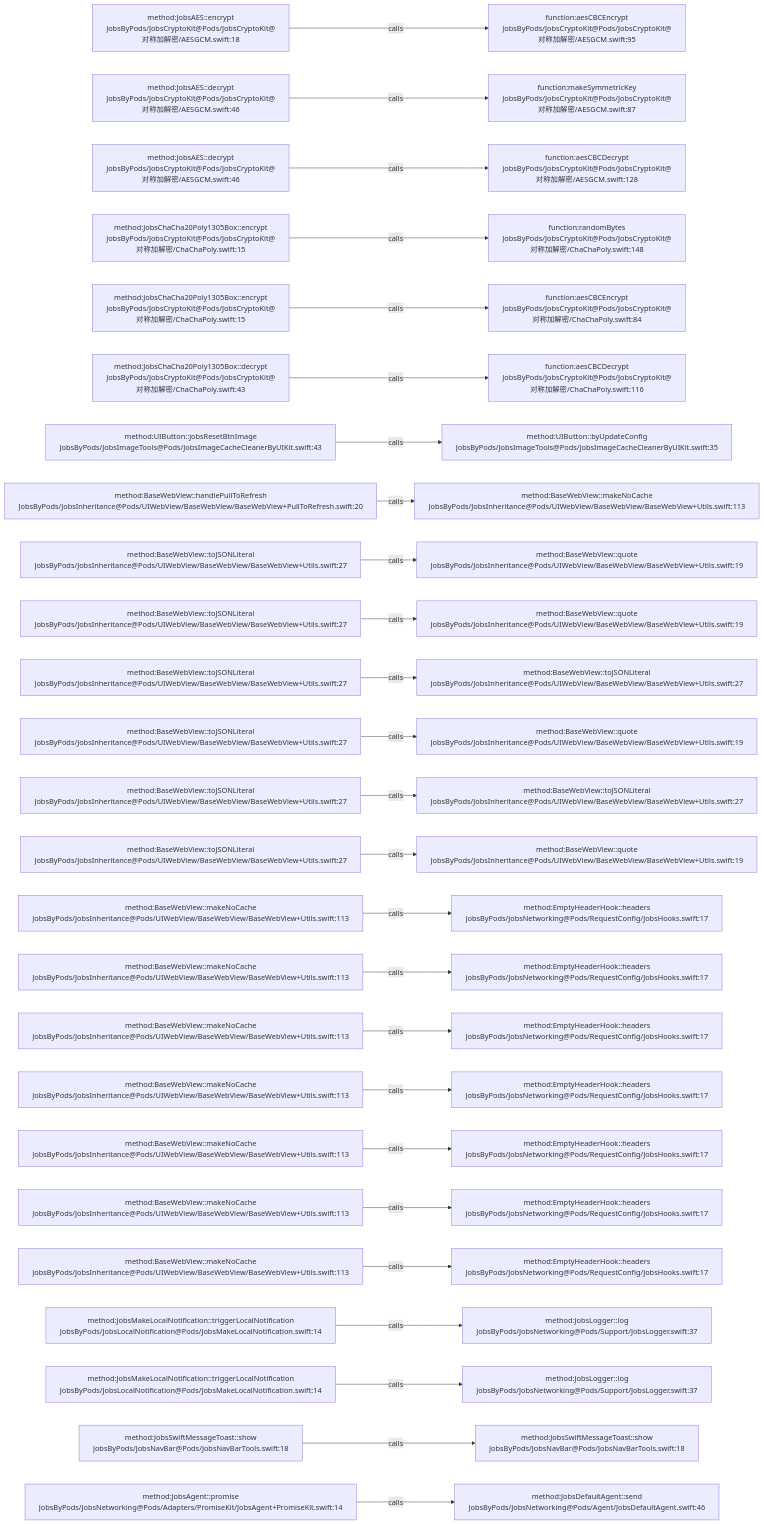
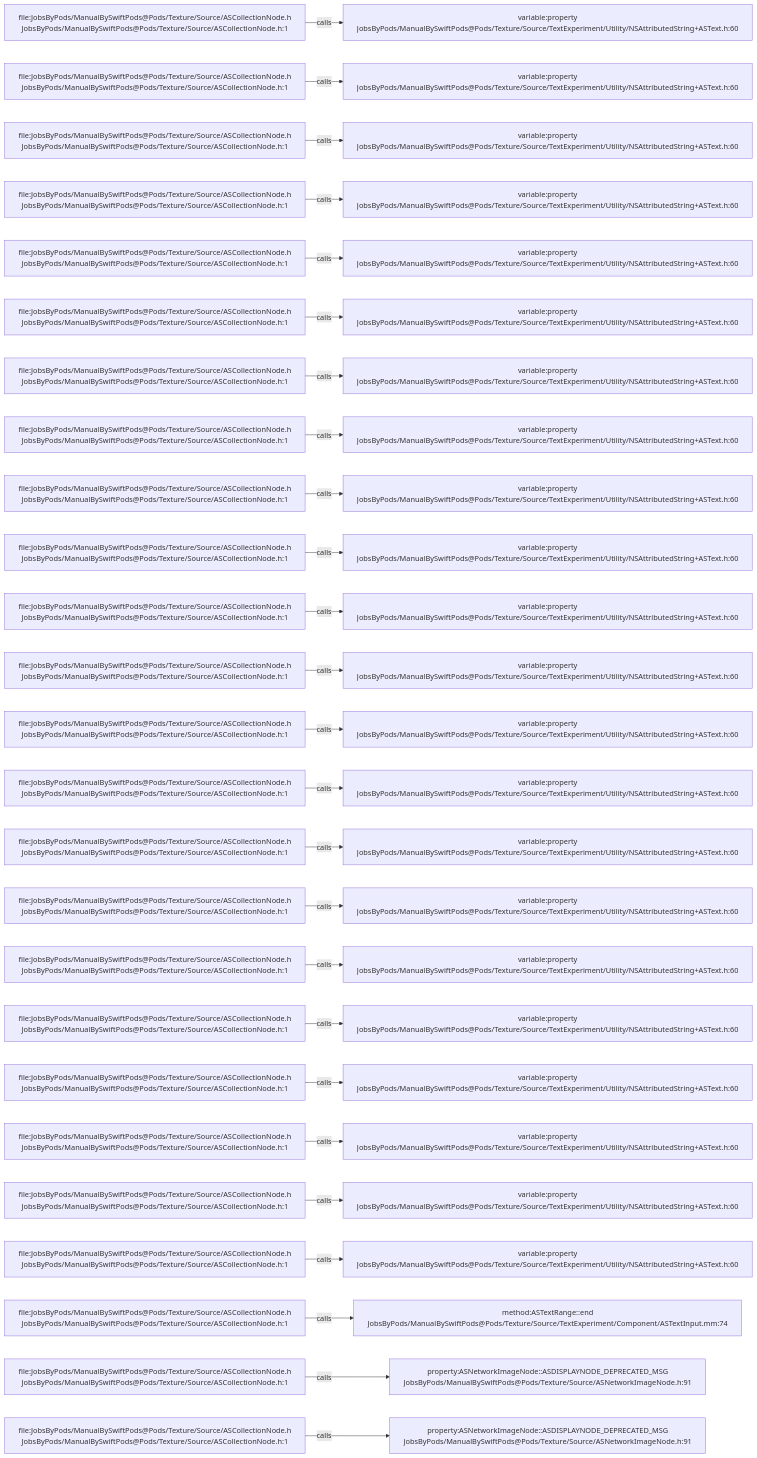
One commit to JobsKits/JobsSwiftBaseConfigDemo changed the diagram in .codegraph/codegraph.md/graphs/calls-006.md. Above: the diagram before and after it, drawn with Mermaid. The commit also changed 832 other files, not shown here.

````diff
--- a/.codegraph/codegraph.md/graphs/calls-006.md
+++ b/.codegraph/codegraph.md/graphs/calls-006.md
@@ -13,78 +13,78 @@
 ```mermaid
 flowchart LR
-  S1["method:JobsAES::encrypt<br/>JobsByPods/JobsCryptoKit@Pods/JobsCryptoKit@对称加解密/AESGCM.swift:18"]
-  T1["function:aesCBCEncrypt<br/>JobsByPods/JobsCryptoKit@Pods/JobsCryptoKit@对称加解密/AESGCM.swift:95"]
+  S1["file:JobsByPods/ManualBySwiftPods@Pods/Texture/Source/ASCollectionNode.h<br/>JobsByPods/ManualBySwiftPods@Pods/Texture/Source/ASCollectionNode.h:1"]
+  T1["variable:property<br/>JobsByPods/ManualBySwiftPods@Pods/Texture/Source/TextExperiment/Utility/NSAttributedString+ASText.h:60"]
   S1 -->|calls| T1
-  S2["method:JobsAES::decrypt<br/>JobsByPods/JobsCryptoKit@Pods/JobsCryptoKit@对称加解密/AESGCM.swift:46"]
-  T2["function:makeSymmetricKey<br/>JobsByPods/JobsCryptoKit@Pods/JobsCryptoKit@对称加解密/AESGCM.swift:87"]
+  S2["file:JobsByPods/ManualBySwiftPods@Pods/Texture/Source/ASCollectionNode.h<br/>JobsByPods/ManualBySwiftPods@Pods/Texture/Source/ASCollectionNode.h:1"]
+  T2["variable:property<br/>JobsByPods/ManualBySwiftPods@Pods/Texture/Source/TextExperiment/Utility/NSAttributedString+ASText.h:60"]
   S2 -->|calls| T2
-  S3["method:JobsAES::decrypt<br/>JobsByPods/JobsCryptoKit@Pods/JobsCryptoKit@对称加解密/AESGCM.swift:46"]
-  T3["function:aesCBCDecrypt<br/>JobsByPods/JobsCryptoKit@Pods/JobsCryptoKit@对称加解密/AESGCM.swift:128"]
+  S3["file:JobsByPods/ManualBySwiftPods@Pods/Texture/Source/ASCollectionNode.h<br/>JobsByPods/ManualBySwiftPods@Pods/Texture/Source/ASCollectionNode.h:1"]
+  T3["variable:property<br/>JobsByPods/ManualBySwiftPods@Pods/Texture/Source/TextExperiment/Utility/NSAttributedString+ASText.h:60"]
   S3 -->|calls| T3
-  S4["method:JobsChaCha20Poly1305Box::encrypt<br/>JobsByPods/JobsCryptoKit@Pods/JobsCryptoKit@对称加解密/ChaChaPoly.swift:15"]
-  T4["function:randomBytes<br/>JobsByPods/JobsCryptoKit@Pods/JobsCryptoKit@对称加解密/ChaChaPoly.swift:148"]
+  S4["file:JobsByPods/ManualBySwiftPods@Pods/Texture/Source/ASCollectionNode.h<br/>JobsByPods/ManualBySwiftPods@Pods/Texture/Source/ASCollectionNode.h:1"]
+  T4["variable:property<br/>JobsByPods/ManualBySwiftPods@Pods/Texture/Source/TextExperiment/Utility/NSAttributedString+ASText.h:60"]
   S4 -->|calls| T4
-  S5["method:JobsChaCha20Poly1305Box::encrypt<br/>JobsByPods/JobsCryptoKit@Pods/JobsCryptoKit@对称加解密/ChaChaPoly.swift:15"]
-  T5["function:aesCBCEncrypt<br/>JobsByPods/JobsCryptoKit@Pods/JobsCryptoKit@对称加解密/ChaChaPoly.swift:84"]
+  S5["file:JobsByPods/ManualBySwiftPods@Pods/Texture/Source/ASCollectionNode.h<br/>JobsByPods/ManualBySwiftPods@Pods/Texture/Source/ASCollectionNode.h:1"]
+  T5["variable:property<br/>JobsByPods/ManualBySwiftPods@Pods/Texture/Source/TextExperiment/Utility/NSAttributedString+ASText.h:60"]
   S5 -->|calls| T5
-  S6["method:JobsChaCha20Poly1305Box::decrypt<br/>JobsByPods/JobsCryptoKit@Pods/JobsCryptoKit@对称加解密/ChaChaPoly.swift:43"]
-  T6["function:aesCBCDecrypt<br/>JobsByPods/JobsCryptoKit@Pods/JobsCryptoKit@对称加解密/ChaChaPoly.swift:116"]
+  S6["file:JobsByPods/ManualBySwiftPods@Pods/Texture/Source/ASCollectionNode.h<br/>JobsByPods/ManualBySwiftPods@Pods/Texture/Source/ASCollectionNode.h:1"]
+  T6["variable:property<br/>JobsByPods/ManualBySwiftPods@Pods/Texture/Source/TextExperiment/Utility/NSAttributedString+ASText.h:60"]
   S6 -->|calls| T6
-  S7["method:UIButton::jobsResetBtnImage<br/>JobsByPods/JobsImageTools@Pods/JobsImageCacheCleanerByUIKit.swift:43"]
-  T7["method:UIButton::byUpdateConfig<br/>JobsByPods/JobsImageTools@Pods/JobsImageCacheCleanerByUIKit.swift:35"]
+  S7["file:JobsByPods/ManualBySwiftPods@Pods/Texture/Source/ASCollectionNode.h<br/>JobsByPods/ManualBySwiftPods@Pods/Texture/Source/ASCollectionNode.h:1"]
+  T7["variable:property<br/>JobsByPods/ManualBySwiftPods@Pods/Texture/Source/TextExperiment/Utility/NSAttributedString+ASText.h:60"]
   S7 -->|calls| T7
-  S8["method:BaseWebView::handlePullToRefresh<br/>JobsByPods/JobsInheritance@Pods/UIWebView/BaseWebView/BaseWebView+PullToRefresh.swift:20"]
-  T8["method:BaseWebView::makeNoCache<br/>JobsByPods/JobsInheritance@Pods/UIWebView/BaseWebView/BaseWebView+Utils.swift:113"]
+  S8["file:JobsByPods/ManualBySwiftPods@Pods/Texture/Source/ASCollectionNode.h<br/>JobsByPods/ManualBySwiftPods@Pods/Texture/Source/ASCollectionNode.h:1"]
+  T8["variable:property<br/>JobsByPods/ManualBySwiftPods@Pods/Texture/Source/TextExperiment/Utility/NSAttributedString+ASText.h:60"]
   S8 -->|calls| T8
-  S9["method:BaseWebView::toJSONLiteral<br/>JobsByPods/JobsInheritance@Pods/UIWebView/BaseWebView/BaseWebView+Utils.swift:27"]
-  T9["method:BaseWebView::quote<br/>JobsByPods/JobsInheritance@Pods/UIWebView/BaseWebView/BaseWebView+Utils.swift:19"]
+  S9["file:JobsByPods/ManualBySwiftPods@Pods/Texture/Source/ASCollectionNode.h<br/>JobsByPods/ManualBySwiftPods@Pods/Texture/Source/ASCollectionNode.h:1"]
+  T9["variable:property<br/>JobsByPods/ManualBySwiftPods@Pods/Texture/Source/TextExperiment/Utility/NSAttributedString+ASText.h:60"]
   S9 -->|calls| T9
-  S10["method:BaseWebView::toJSONLiteral<br/>JobsByPods/JobsInheritance@Pods/UIWebView/BaseWebView/BaseWebView+Utils.swift:27"]
-  T10["method:BaseWebView::quote<br/>JobsByPods/JobsInheritance@Pods/UIWebView/BaseWebView/BaseWebView+Utils.swift:19"]
+  S10["file:JobsByPods/ManualBySwiftPods@Pods/Texture/Source/ASCollectionNode.h<br/>JobsByPods/ManualBySwiftPods@Pods/Texture/Source/ASCollectionNode.h:1"]
+  T10["variable:property<br/>JobsByPods/ManualBySwiftPods@Pods/Texture/Source/TextExperiment/Utility/NSAttributedString+ASText.h:60"]
   S10 -->|calls| T10
-  S11["method:BaseWebView::toJSONLiteral<br/>JobsByPods/JobsInheritance@Pods/UIWebView/BaseWebView/BaseWebView+Utils.swift:27"]
-  T11["method:BaseWebView::toJSONLiteral<br/>JobsByPods/JobsInheritance@Pods/UIWebView/BaseWebView/BaseWebView+Utils.swift:27"]
+  S11["file:JobsByPods/ManualBySwiftPods@Pods/Texture/Source/ASCollectionNode.h<br/>JobsByPods/ManualBySwiftPods@Pods/Texture/Source/ASCollectionNode.h:1"]
+  T11["variable:property<br/>JobsByPods/ManualBySwiftPods@Pods/Texture/Source/TextExperiment/Utility/NSAttributedString+ASText.h:60"]
   S11 -->|calls| T11
-  S12["method:BaseWebView::toJSONLiteral<br/>JobsByPods/JobsInheritance@Pods/UIWebView/BaseWebView/BaseWebView+Utils.swift:27"]
-  T12["method:BaseWebView::quote<br/>JobsByPods/JobsInheritance@Pods/UIWebView/BaseWebView/BaseWebView+Utils.swift:19"]
+  S12["file:JobsByPods/ManualBySwiftPods@Pods/Texture/Source/ASCollectionNode.h<br/>JobsByPods/ManualBySwiftPods@Pods/Texture/Source/ASCollectionNode.h:1"]
+  T12["variable:property<br/>JobsByPods/ManualBySwiftPods@Pods/Texture/Source/TextExperiment/Utility/NSAttributedString+ASText.h:60"]
   S12 -->|calls| T12
-  S13["method:BaseWebView::toJSONLiteral<br/>JobsByPods/JobsInheritance@Pods/UIWebView/BaseWebView/BaseWebView+Utils.swift:27"]
-  T13["method:BaseWebView::toJSONLiteral<br/>JobsByPods/JobsInheritance@Pods/UIWebView/BaseWebView/BaseWebView+Utils.swift:27"]
+  S13["file:JobsByPods/ManualBySwiftPods@Pods/Texture/Source/ASCollectionNode.h<br/>JobsByPods/ManualBySwiftPods@Pods/Texture/Source/ASCollectionNode.h:1"]
+  T13["variable:property<br/>JobsByPods/ManualBySwiftPods@Pods/Texture/Source/TextExperiment/Utility/NSAttributedString+ASText.h:60"]
   S13 -->|calls| T13
-  S14["method:BaseWebView::toJSONLiteral<br/>JobsByPods/JobsInheritance@Pods/UIWebView/BaseWebView/BaseWebView+Utils.swift:27"]
-  T14["method:BaseWebView::quote<br/>JobsByPods/JobsInheritance@Pods/UIWebView/BaseWebView/BaseWebView+Utils.swift:19"]
+  S14["file:JobsByPods/ManualBySwiftPods@Pods/Texture/Source/ASCollectionNode.h<br/>JobsByPods/ManualBySwiftPods@Pods/Texture/Source/ASCollectionNode.h:1"]
+  T14["variable:property<br/>JobsByPods/ManualBySwiftPods@Pods/Texture/Source/TextExperiment/Utility/NSAttributedString+ASText.h:60"]
   S14 -->|calls| T14
-  S15["method:BaseWebView::makeNoCache<br/>JobsByPods/JobsInheritance@Pods/UIWebView/BaseWebView/BaseWebView+Utils.swift:113"]
-  T15["method:EmptyHeaderHook::headers<br/>JobsByPods/JobsNetworking@Pods/RequestConfig/JobsHooks.swift:17"]
+  S15["file:JobsByPods/ManualBySwiftPods@Pods/Texture/Source/ASCollectionNode.h<br/>JobsByPods/ManualBySwiftPods@Pods/Texture/Source/ASCollectionNode.h:1"]
+  T15["variable:property<br/>JobsByPods/ManualBySwiftPods@Pods/Texture/Source/TextExperiment/Utility/NSAttributedString+ASText.h:60"]
   S15 -->|calls| T15
-  S16["method:BaseWebView::makeNoCache<br/>JobsByPods/JobsInheritance@Pods/UIWebView/BaseWebView/BaseWebView+Utils.swift:113"]
-  T16["method:EmptyHeaderHook::headers<br/>JobsByPods/JobsNetworking@Pods/RequestConfig/JobsHooks.swift:17"]
+  S16["file:JobsByPods/ManualBySwiftPods@Pods/Texture/Source/ASCollectionNode.h<br/>JobsByPods/ManualBySwiftPods@Pods/Texture/Source/ASCollectionNode.h:1"]
+  T16["variable:property<br/>JobsByPods/ManualBySwiftPods@Pods/Texture/Source/TextExperiment/Utility/NSAttributedString+ASText.h:60"]
   S16 -->|calls| T16
-  S17["method:BaseWebView::makeNoCache<br/>JobsByPods/JobsInheritance@Pods/UIWebView/BaseWebView/BaseWebView+Utils.swift:113"]
-  T17["method:EmptyHeaderHook::headers<br/>JobsByPods/JobsNetworking@Pods/RequestConfig/JobsHooks.swift:17"]
+  S17["file:JobsByPods/ManualBySwiftPods@Pods/Texture/Source/ASCollectionNode.h<br/>JobsByPods/ManualBySwiftPods@Pods/Texture/Source/ASCollectionNode.h:1"]
+  T17["variable:property<br/>JobsByPods/ManualBySwiftPods@Pods/Texture/Source/TextExperiment/Utility/NSAttributedString+ASText.h:60"]
   S17 -->|calls| T17
-  S18["method:BaseWebView::makeNoCache<br/>JobsByPods/JobsInheritance@Pods/UIWebView/BaseWebView/BaseWebView+Utils.swift:113"]
-  T18["method:EmptyHeaderHook::headers<br/>JobsByPods/JobsNetworking@Pods/RequestConfig/JobsHooks.swift:17"]
+  S18["file:JobsByPods/ManualBySwiftPods@Pods/Texture/Source/ASCollectionNode.h<br/>JobsByPods/ManualBySwiftPods@Pods/Texture/Source/ASCollectionNode.h:1"]
+  T18["variable:property<br/>JobsByPods/ManualBySwiftPods@Pods/Texture/Source/TextExperiment/Utility/NSAttributedString+ASText.h:60"]
   S18 -->|calls| T18
-  S19["method:BaseWebView::makeNoCache<br/>JobsByPods/JobsInheritance@Pods/UIWebView/BaseWebView/BaseWebView+Utils.swift:113"]
-  T19["method:EmptyHeaderHook::headers<br/>JobsByPods/JobsNetworking@Pods/RequestConfig/JobsHooks.swift:17"]
+  S19["file:JobsByPods/ManualBySwiftPods@Pods/Texture/Source/ASCollectionNode.h<br/>JobsByPods/ManualBySwiftPods@Pods/Texture/Source/ASCollectionNode.h:1"]
+  T19["variable:property<br/>JobsByPods/ManualBySwiftPods@Pods/Texture/Source/TextExperiment/Utility/NSAttributedString+ASText.h:60"]
   S19 -->|calls| T19
-  S20["method:BaseWebView::makeNoCache<br/>JobsByPods/JobsInheritance@Pods/UIWebView/BaseWebView/BaseWebView+Utils.swift:113"]
-  T20["method:EmptyHeaderHook::headers<br/>JobsByPods/JobsNetworking@Pods/RequestConfig/JobsHooks.swift:17"]
+  S20["file:JobsByPods/ManualBySwiftPods@Pods/Texture/Source/ASCollectionNode.h<br/>JobsByPods/ManualBySwiftPods@Pods/Texture/Source/ASCollectionNode.h:1"]
+  T20["variable:property<br/>JobsByPods/ManualBySwiftPods@Pods/Texture/Source/TextExperiment/Utility/NSAttributedString+ASText.h:60"]
   S20 -->|calls| T20
-  S21["method:BaseWebView::makeNoCache<br/>JobsByPods/JobsInheritance@Pods/UIWebView/BaseWebView/BaseWebView+Utils.swift:113"]
-  T21["method:EmptyHeaderHook::headers<br/>JobsByPods/JobsNetworking@Pods/RequestConfig/JobsHooks.swift:17"]
+  S21["file:JobsByPods/ManualBySwiftPods@Pods/Texture/Source/ASCollectionNode.h<br/>JobsByPods/ManualBySwiftPods@Pods/Texture/Source/ASCollectionNode.h:1"]
+  T21["variable:property<br/>JobsByPods/ManualBySwiftPods@Pods/Texture/Source/TextExperiment/Utility/NSAttributedString+ASText.h:60"]
   S21 -->|calls| T21
-  S22["method:JobsMakeLocalNotification::triggerLocalNotification<br/>JobsByPods/JobsLocalNotification@Pods/JobsMakeLocalNotification.swift:14"]
-  T22["method:JobsLogger::log<br/>JobsByPods/JobsNetworking@Pods/Support/JobsLogger.swift:37"]
+  S22["file:JobsByPods/ManualBySwiftPods@Pods/Texture/Source/ASCollectionNode.h<br/>JobsByPods/ManualBySwiftPods@Pods/Texture/Source/ASCollectionNode.h:1"]
+  T22["variable:property<br/>JobsByPods/ManualBySwiftPods@Pods/Texture/Source/TextExperiment/Utility/NSAttributedString+ASText.h:60"]
   S22 -->|calls| T22
-  S23["method:JobsMakeLocalNotification::triggerLocalNotification<br/>JobsByPods/JobsLocalNotification@Pods/JobsMakeLocalNotification.swift:14"]
-  T23["method:JobsLogger::log<br/>JobsByPods/JobsNetworking@Pods/Support/JobsLogger.swift:37"]
+  S23["file:JobsByPods/ManualBySwiftPods@Pods/Texture/Source/ASCollectionNode.h<br/>JobsByPods/ManualBySwiftPods@Pods/Texture/Source/ASCollectionNode.h:1"]
+  T23["method:ASTextRange::end<br/>JobsByPods/ManualBySwiftPods@Pods/Texture/Source/TextExperiment/Component/ASTextInput.mm:74"]
   S23 -->|calls| T23
-  S24["method:JobsSwiftMessageToast::show<br/>JobsByPods/JobsNavBar@Pods/JobsNavBarTools.swift:18"]
-  T24["method:JobsSwiftMessageToast::show<br/>JobsByPods/JobsNavBar@Pods/JobsNavBarTools.swift:18"]
+  S24["file:JobsByPods/ManualBySwiftPods@Pods/Texture/Source/ASCollectionNode.h<br/>JobsByPods/ManualBySwiftPods@Pods/Texture/Source/ASCollectionNode.h:1"]
+  T24["property:ASNetworkImageNode::ASDISPLAYNODE_DEPRECATED_MSG<br/>JobsByPods/ManualBySwiftPods@Pods/Texture/Source/ASNetworkImageNode.h:91"]
   S24 -->|calls| T24
-  S25["method:JobsAgent::promise<br/>JobsByPods/JobsNetworking@Pods/Adapters/PromiseKit/JobsAgent+PromiseKit.swift:14"]
-  T25["method:JobsDefaultAgent::send<br/>JobsByPods/JobsNetworking@Pods/Agent/JobsDefaultAgent.swift:46"]
+  S25["file:JobsByPods/ManualBySwiftPods@Pods/Texture/Source/ASCollectionNode.h<br/>JobsByPods/ManualBySwiftPods@Pods/Texture/Source/ASCollectionNode.h:1"]
+  T25["property:ASNetworkImageNode::ASDISPLAYNODE_DEPRECATED_MSG<br/>JobsByPods/ManualBySwiftPods@Pods/Texture/Source/ASNetworkImageNode.h:91"]
   S25 -->|calls| T25
 ```
````
